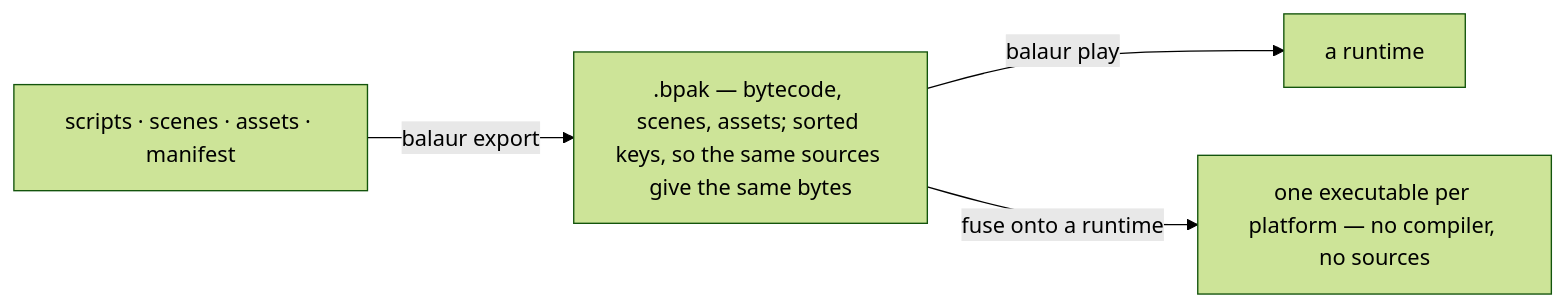
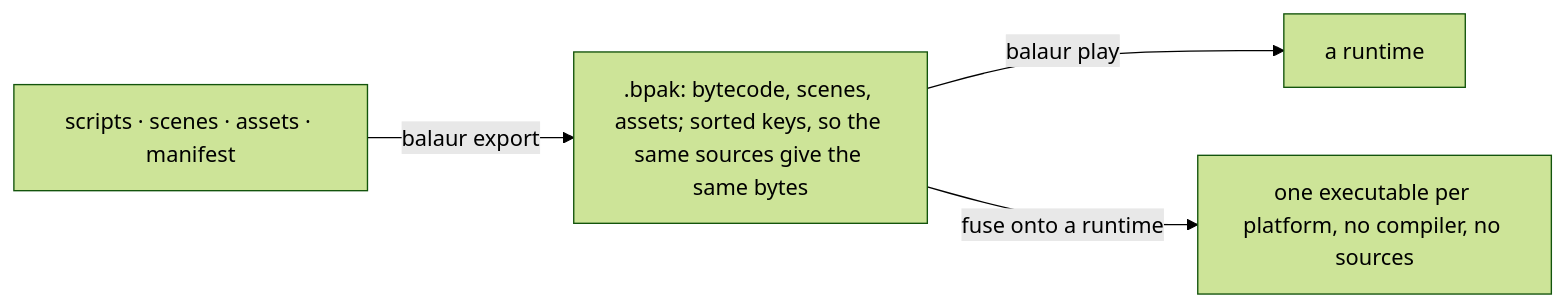
The diagram in docs/manual/shipping.mdx (balaurengine/balaur-website), drawn with Mermaid (forest theme) before and after one commit. The commit also changed other lines of this file and 66 other files, not shown here.

````diff
--- a/docs/manual/shipping.mdx
+++ b/docs/manual/shipping.mdx
@@ -14,6 +14,6 @@
 ```mermaid
 flowchart LR
-  A["scripts · scenes · assets · manifest"] -->|"balaur export"| B[".bpak — bytecode, scenes, assets; sorted keys, so the same sources give the same bytes"]
+  A["scripts · scenes · assets · manifest"] -->|"balaur export"| B[".bpak: bytecode, scenes, assets; sorted keys, so the same sources give the same bytes"]
   B -->|"balaur play"| C["a runtime"]
-  B -->|"fuse onto a runtime"| D["one executable per platform — no compiler, no sources"]
+  B -->|"fuse onto a runtime"| D["one executable per platform, no compiler, no sources"]
 ```
````
